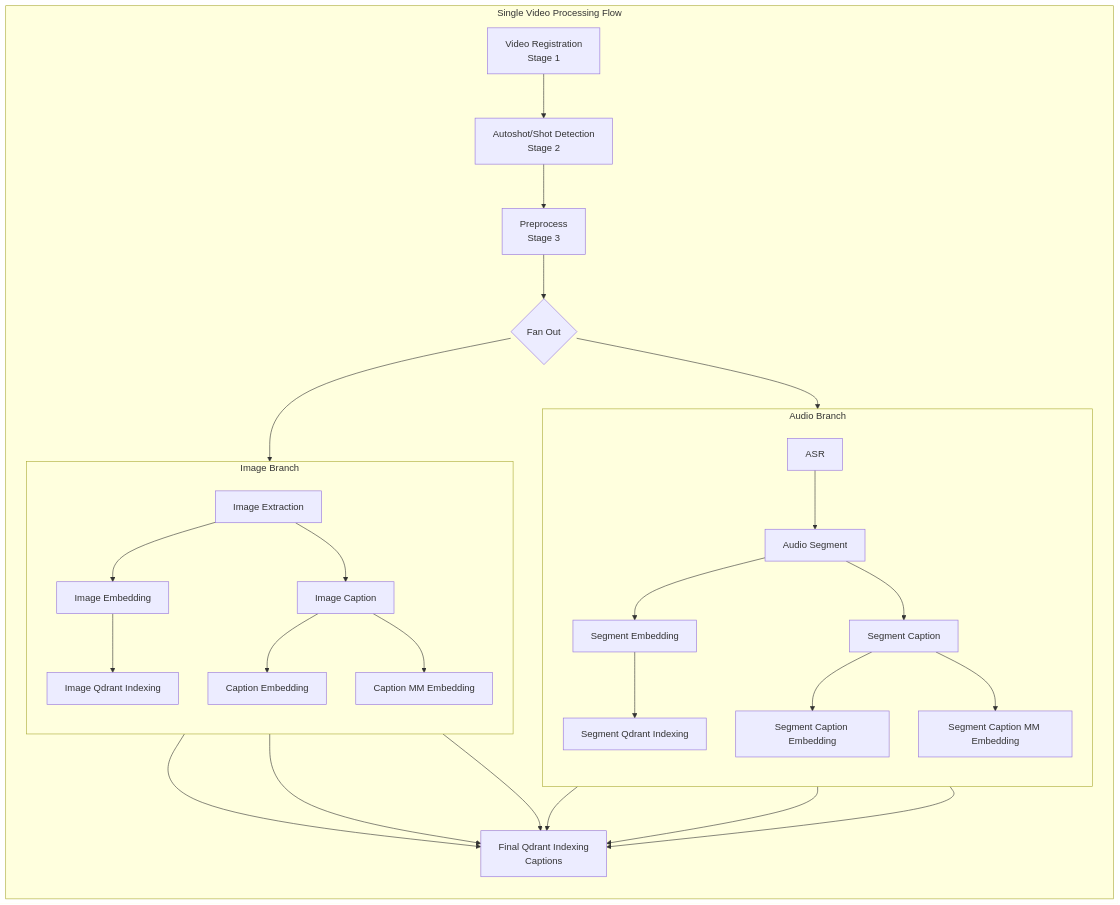
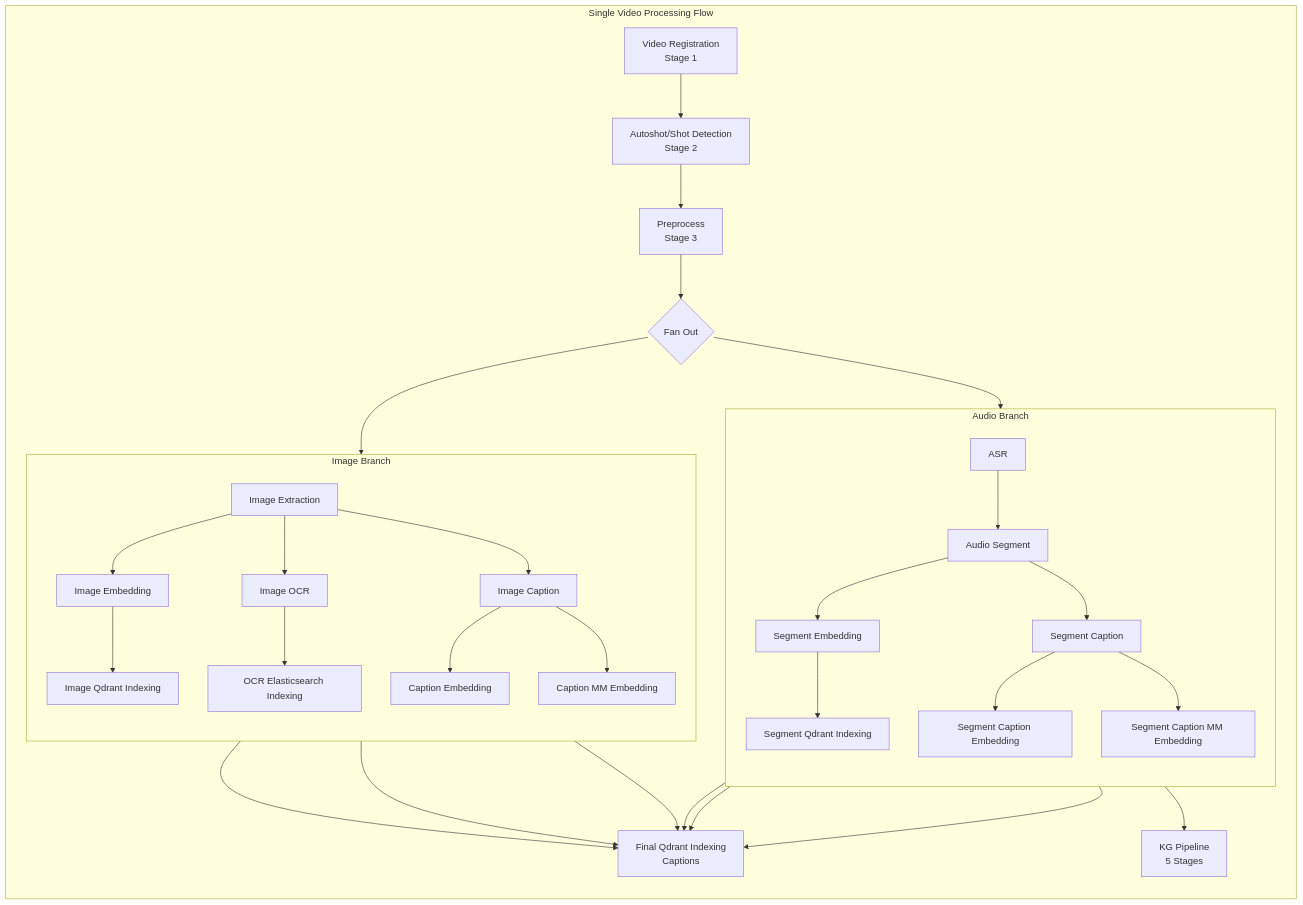
The diagram in video_pipeline/CLAUDE.md (TinhAnhGitHub/CAPSTONE_PROJECT), drawn with Mermaid before and after one commit. The commit also changed other lines of this file, not shown here.

````diff
--- a/video_pipeline/CLAUDE.md
+++ b/video_pipeline/CLAUDE.md
@@ -157,38 +162,42 @@
 ```mermaid
 flowchart TB
     subgraph Main["Single Video Processing Flow"]
         direction TB
         A[Video Registration<br/>Stage 1] --> B[Autoshot/Shot Detection<br/>Stage 2]
         B --> C[Preprocess<br/>Stage 3]
         C --> D{Fan Out}
 
         D --> E
         D --> L
 
         subgraph AudioBranch["Audio Branch"]
             direction TB
             E[ASR] --> F[Audio Segment]
             F --> G[Segment Embedding]
             F --> H[Segment Caption]
             G --> I[Segment Qdrant Indexing]
             H --> J[Segment Caption Embedding]
             H --> K[Segment Caption MM Embedding]
         end
 
         subgraph ImageBranch["Image Branch"]
             direction TB
             L[Image Extraction] --> M[Image Caption]
             L --> N[Image Embedding]
-            N --> O[Image Qdrant Indexing]
-            M --> P[Caption Embedding]
-            M --> Q[Caption MM Embedding]
+            L --> O[Image OCR]
+            N --> P[Image Qdrant Indexing]
+            O --> Q[OCR Elasticsearch Indexing]
+            M --> R[Caption Embedding]
+            M --> S[Caption MM Embedding]
         end
 
-        I --> R[Final Qdrant Indexing<br/>Captions]
-        J --> R
-        K --> R
-        O --> R
-        P --> R
-        Q --> R
+        I --> T[Final Qdrant Indexing<br/>Captions]
+        J --> T
+        K --> T
+        P --> T
+        R --> T
+        S --> T
+
+        H --> U[KG Pipeline<br/>5 Stages]
     end
 ```
````
